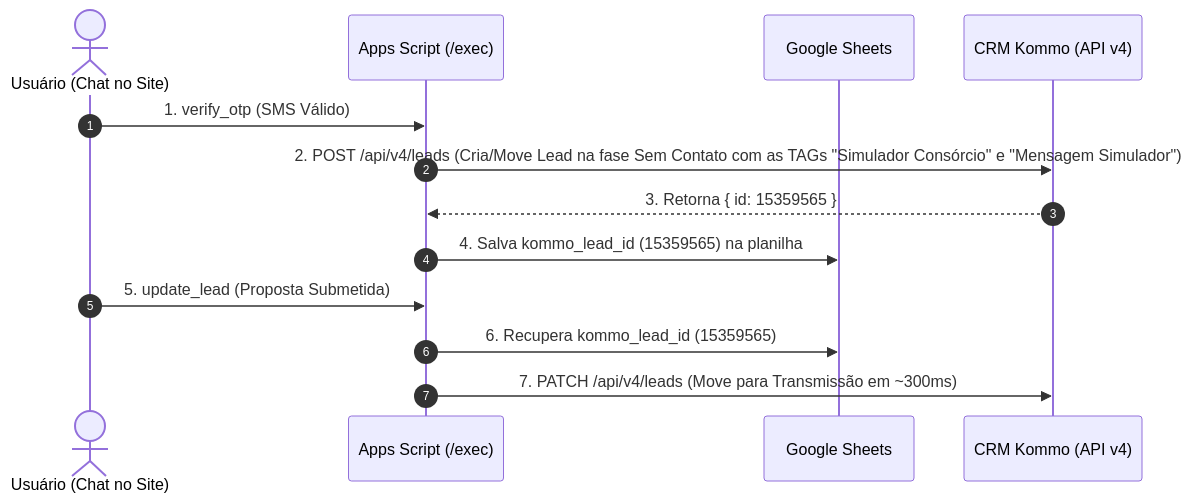
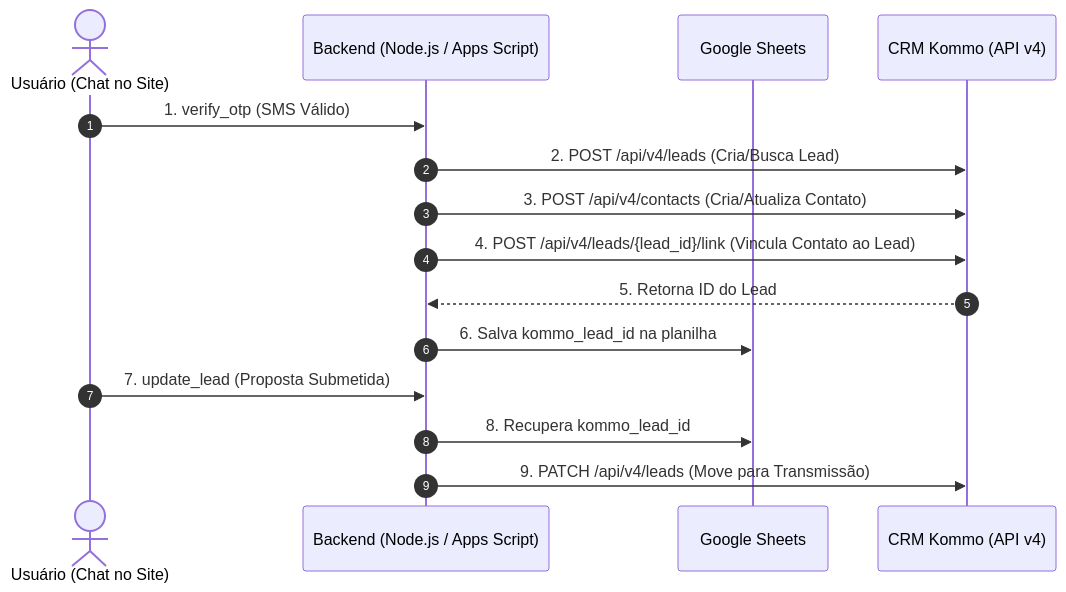
Before and after one commit to Djonatankb/simulador-consorcio: the diagram in docs/integracao-kommo-direta.md, drawn with Mermaid. The commit also changed other lines of this file and 4 other files, not shown here.

Commit message:
Fix: agora ocorre o vinculo forçado de lead com contato

````diff
--- a/docs/integracao-kommo-direta.md
+++ b/docs/integracao-kommo-direta.md
@@ -9,17 +9,19 @@
 ```mermaid
 sequenceDiagram
     autonumber
     actor Cliente as Usuário (Chat no Site)
-    participant Backend as Apps Script (/exec)
+    participant Backend as Backend (Node.js / Apps Script)
     participant Sheets as Google Sheets
     participant Kommo as CRM Kommo (API v4)
 
     Cliente->>Backend: 1. verify_otp (SMS Válido)
-    Backend->>Kommo: 2. POST /api/v4/leads (Cria/Move Lead na fase Sem Contato com as TAGs "Simulador Consórcio" e "Mensagem Simulador")
-    Kommo-->>Backend: 3. Retorna { id: 15359565 }
-    Backend->>Sheets: 4. Salva kommo_lead_id (15359565) na planilha
+    Backend->>Kommo: 2. POST /api/v4/leads (Cria/Busca Lead)
+    Backend->>Kommo: 3. POST /api/v4/contacts (Cria/Atualiza Contato)
+    Backend->>Kommo: 4. POST /api/v4/leads/{lead_id}/link (Vincula Contato ao Lead)
+    Kommo-->>Backend: 5. Retorna ID do Lead
+    Backend->>Sheets: 6. Salva kommo_lead_id na planilha
 
-    Cliente->>Backend: 5. update_lead (Proposta Submetida)
-    Backend->>Sheets: 6. Recupera kommo_lead_id (15359565)
-    Backend->>Kommo: 7. PATCH /api/v4/leads (Move para Transmissão em ~300ms)
+    Cliente->>Backend: 7. update_lead (Proposta Submetida)
+    Backend->>Sheets: 8. Recupera kommo_lead_id
+    Backend->>Kommo: 9. PATCH /api/v4/leads (Move para Transmissão)
 ```
````
